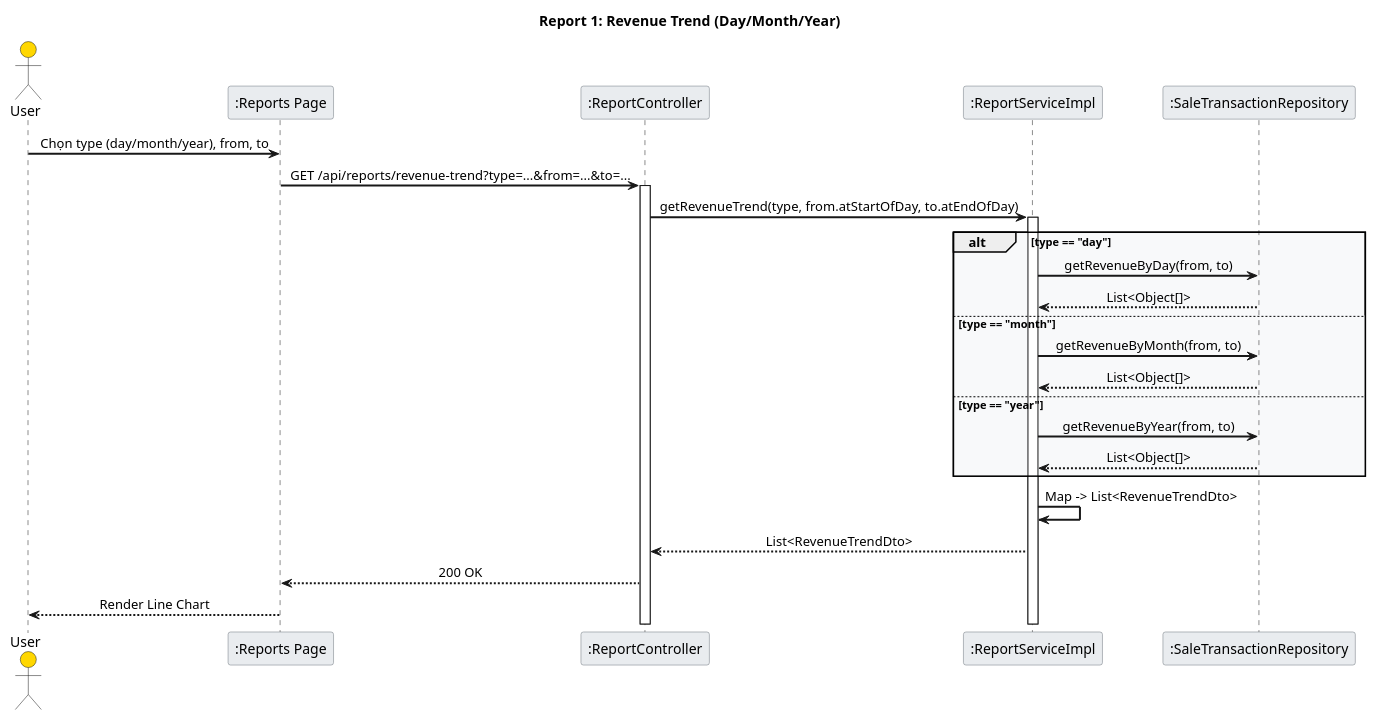
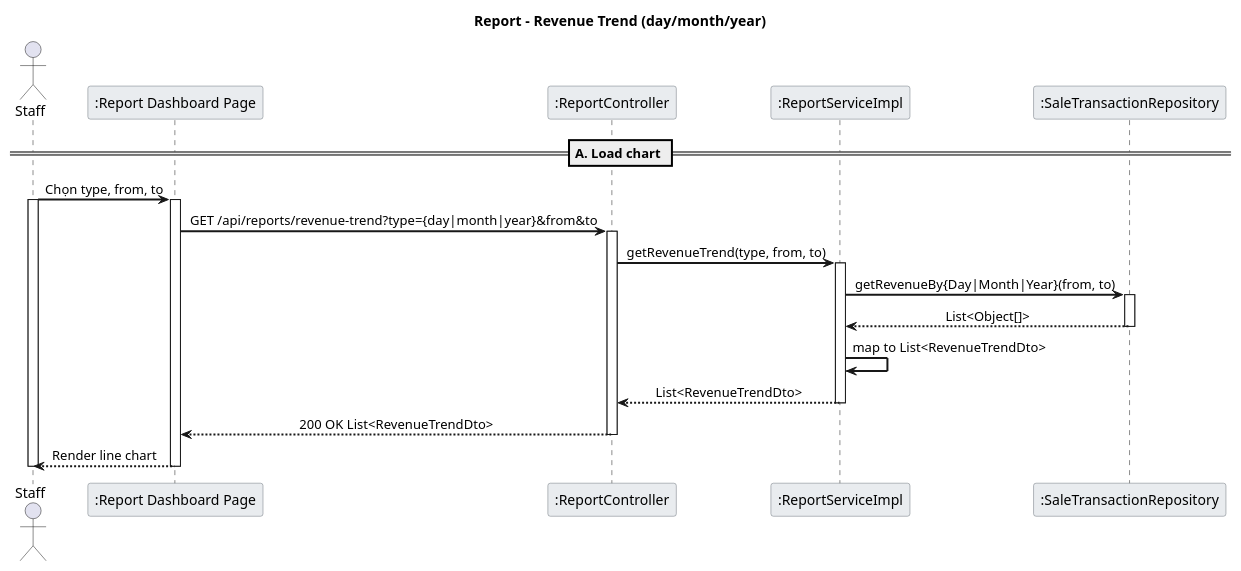
One commit to LamVNT/Farmovo changed the diagram in Report_1_RevenueTrend_Sequence.puml. Above: the diagram before and after it, drawn with PlantUML. The commit also changed 20 other files, not shown here.

Commit message:
Fix Sequence diagram

```diff
--- a/Report_1_RevenueTrend_Sequence.puml
+++ b/Report_1_RevenueTrend_Sequence.puml
@@ -1,40 +1,43 @@
 @startuml Report_1_RevenueTrend_Sequence
 
 skinparam backgroundColor white
 skinparam sequenceArrowThickness 2
 skinparam sequenceMessageAlign center
 skinparam sequenceGroupBodyBackgroundColor #F8F9FA
 skinparam sequenceParticipantBorderColor #6C757D
 skinparam sequenceParticipantBackgroundColor #E9ECEF
 skinparam sequenceLifeLineStroke dash
-skinparam actorBackgroundColor #FFD700
 
-title Report 1: Revenue Trend (Day/Month/Year)
+title Report – Revenue Trend (day/month/year)
 
-actor User
-participant ":Reports Page" as UI
+actor Staff
+participant ":Report Dashboard Page" as UI
 participant ":ReportController" as RC
 participant ":ReportServiceImpl" as RS
 participant ":SaleTransactionRepository" as SaleRepo
 
-User -> UI: Chọn type (day/month/year), from, to
-UI -> RC: GET /api/reports/revenue-trend?type=...&from=...&to=...
+== A. Load chart ==
+Staff -> UI: Chọn type, from, to
+activate Staff
+activate UI
+UI -> RC: GET /api/reports/revenue-trend?type={day|month|year}&from&to
 activate RC
-RC -> RS: getRevenueTrend(type, from.atStartOfDay, to.atEndOfDay)
+RC -> RS: getRevenueTrend(type, from, to)
 activate RS
-alt type == "day"
-  RS -> SaleRepo: getRevenueByDay(from, to)
-  SaleRepo --> RS: List<Object[]>
-else type == "month"
-  RS -> SaleRepo: getRevenueByMonth(from, to)
-  SaleRepo --> RS: List<Object[]>
-else type == "year"
-  RS -> SaleRepo: getRevenueByYear(from, to)
-  SaleRepo --> RS: List<Object[]>
-end
-RS -> RS: Map -> List<RevenueTrendDto>
+
+RS -> SaleRepo: getRevenueBy{Day|Month|Year}(from, to)
+activate SaleRepo
+SaleRepo --> RS: List<Object[]>
+deactivate SaleRepo
+
+RS -> RS: map to List<RevenueTrendDto>
 RS --> RC: List<RevenueTrendDto>
-RC --> UI: 200 OK
-UI --> User: Render Line Chart
+deactivate RS
+RC --> UI: 200 OK List<RevenueTrendDto>
+deactivate RC
+UI --> Staff: Render line chart
+
+deactivate UI
+deactivate Staff
 
 @enduml
```
